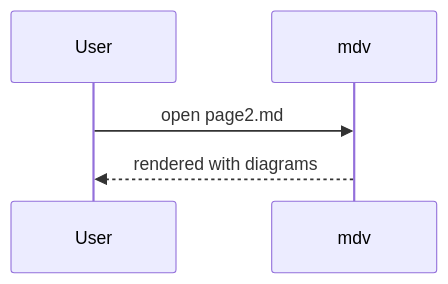
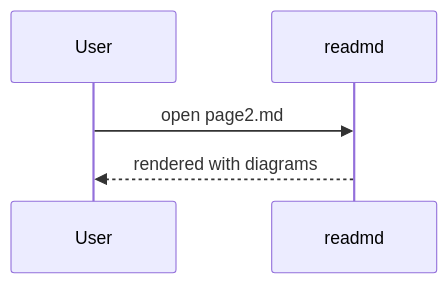
Before and after one commit to MoaidHathot/Markdown-show: the diagram in samples/page2.md, drawn with Mermaid. The commit also changed 144 other files, not shown here.

````diff
--- a/samples/page2.md
+++ b/samples/page2.md
@@ -9,7 +9,7 @@
 ```mermaid
 sequenceDiagram
   participant U as User
-  participant M as mdv
+  participant M as readmd
   U->>M: open page2.md
   M-->>U: rendered with diagrams
 ```
````
